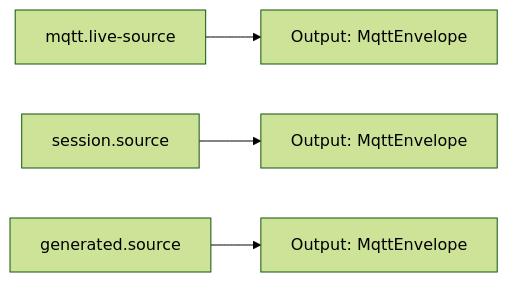
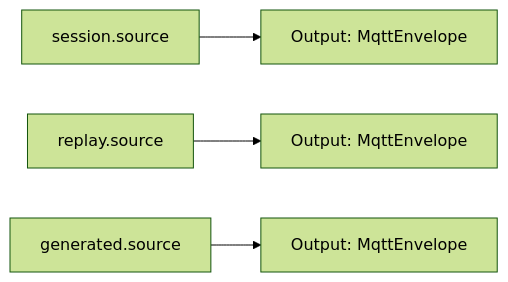
One commit to araxis/FluxMq changed the third of 19 diagrams in docs/flow-components.md. Above: the diagram before and after it, drawn with Mermaid (forest theme). The commit also changed other lines of this file and 24 other files, not shown here.

Commit message:
Consolidate MQTT source editors

````diff
--- a/docs/flow-components.md
+++ b/docs/flow-components.md
@@ -66,6 +66,6 @@
 ```mermaid
 flowchart LR
-    Live["mqtt.live-source"] --> LiveOut["Output: MqttEnvelope"]
     Stored["session.source"] --> StoredOut["Output: MqttEnvelope"]
+    Replay["replay.source"] --> ReplayOut["Output: MqttEnvelope"]
     Generated["generated.source"] --> GeneratedOut["Output: MqttEnvelope"]
 ```
````
